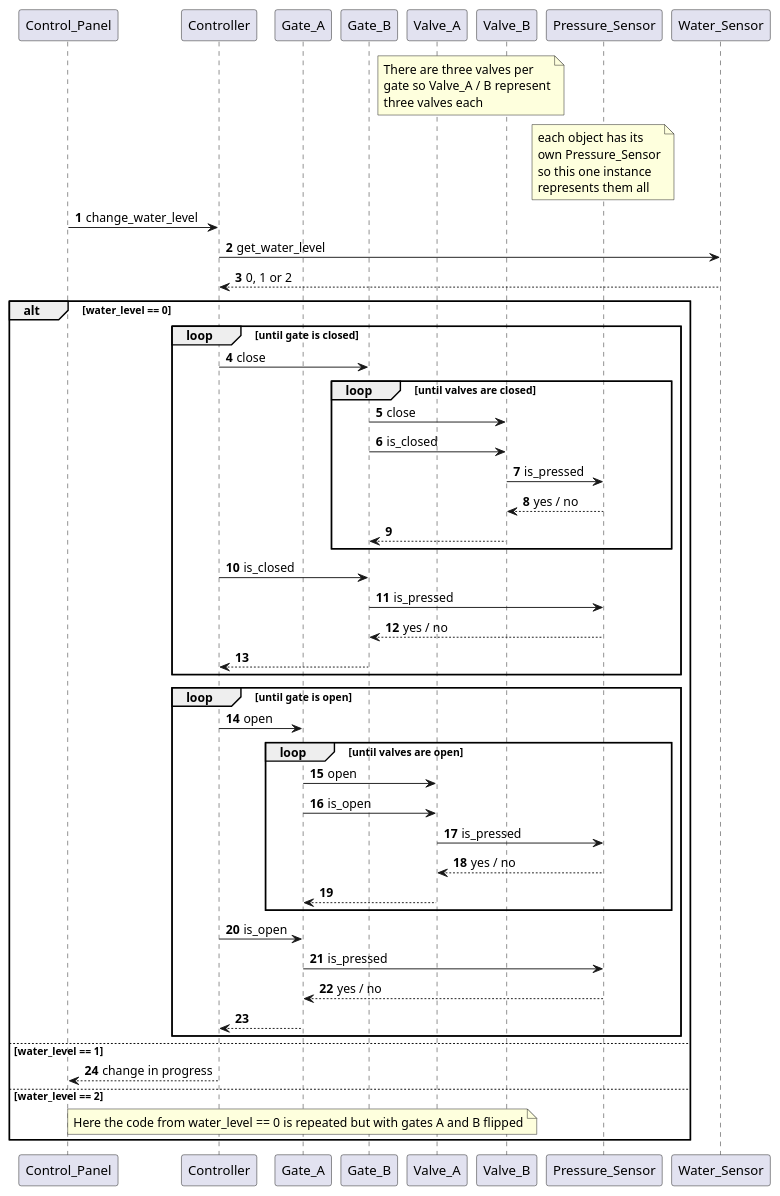
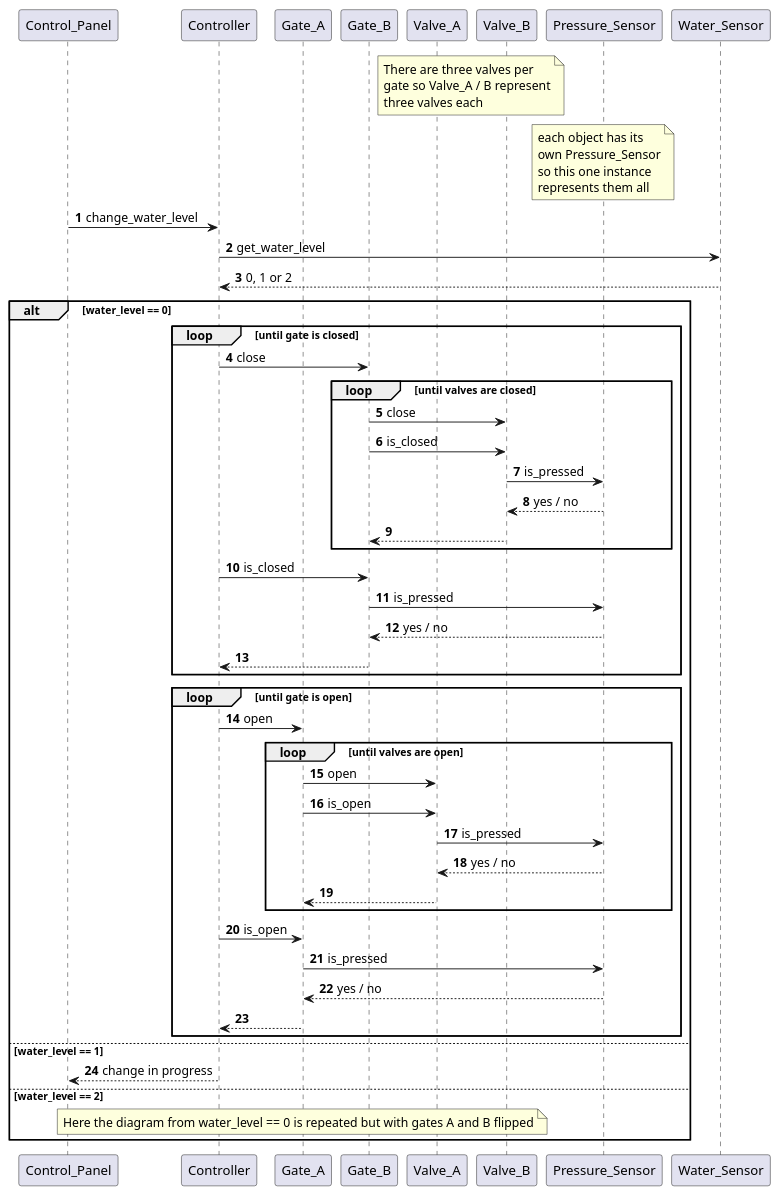
One commit to MarijnVerschuren/Tech changed the diagram in software/design/pound_lock/sequence_diagram_change.puml. Above: the diagram before and after it, drawn with PlantUML. The commit also changed 10 other files, not shown here.

```diff
--- a/software/design/pound_lock/sequence_diagram_change.puml
+++ b/software/design/pound_lock/sequence_diagram_change.puml
@@ -1,65 +1,65 @@
 @startuml
 autonumber
 participant Control_Panel as CP
 participant Controller as C
 participant Gate_A as GA
 participant Gate_B as GB
 participant Valve_A as VA
 participant Valve_B as VB
 participant Pressure_Sensor as PS
 participant Water_Sensor as WS
 
 note over VA, VB
 There are three valves per
 gate so Valve_A / B represent
 three valves each
 end note
 
 note over PS
 each object has its
 own Pressure_Sensor
 so this one instance
 represents them all
 end note
 
 CP		->		C:		change_water_level
 C		->		WS:		get_water_level
 WS		-->		C:		0, 1 or 2
 alt water_level == 0
 loop until gate is closed
 C		->		GB:		close
 loop until valves are closed
 GB		->		VB:		close
 GB		->		VB:		is_closed
 VB		->		PS:		is_pressed
 PS		-->		VB:		yes / no
 VB		-->		GB
 end
 C		->		GB:		is_closed
 GB		->		PS:		is_pressed
 PS		-->		GB:		yes / no
 GB		-->		C
 end
 loop until gate is open
 C		->		GA:		open
 loop until valves are open
 GA		->		VA:		open
 GA		->		VA:		is_open
 VA		->		PS:		is_pressed
 PS		-->		VA:		yes / no
 VA		-->		GA
 end
 C		->		GA:		is_open
 GA		->		PS:		is_pressed
 PS		-->		GA:		yes / no
 GA		-->		C:
 end
 else water_level == 1
 C		-->		CP:		change in progress
 else water_level == 2
 note over GA
-Here the code from water_level == 0 is repeated but with gates A and B flipped
+Here the diagram from water_level == 0 is repeated but with gates A and B flipped
 end note
 end
 
 @enduml
```
